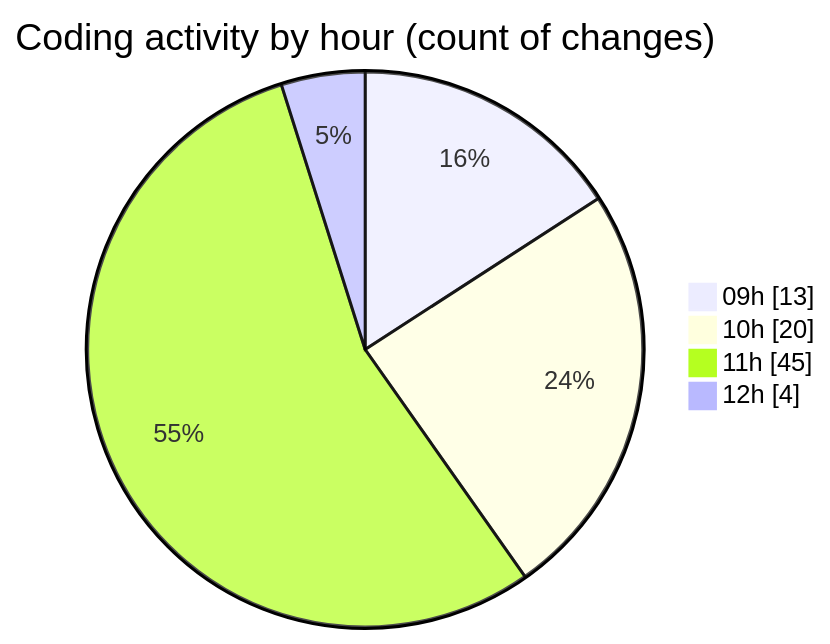
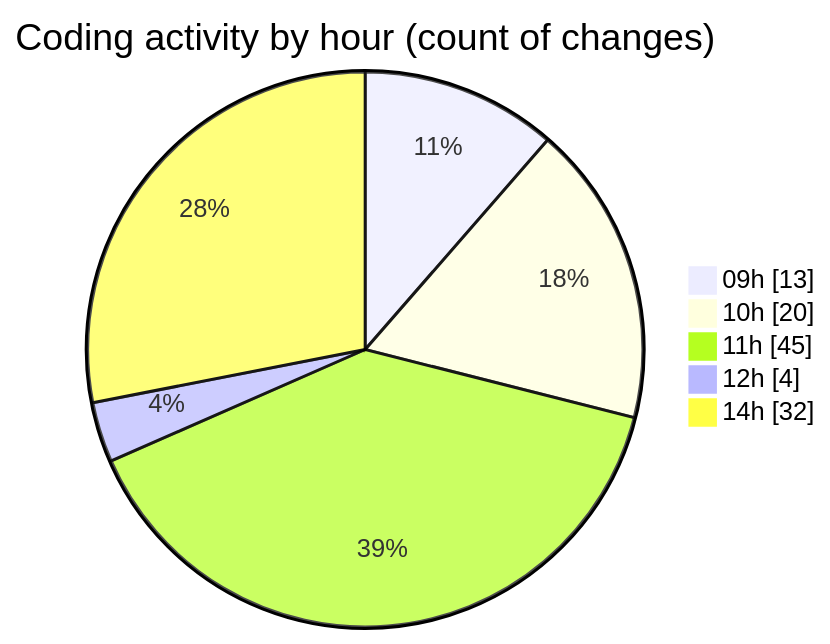
The second of 2 diagrams in 2026-04-29/cda/README.md (momahboobian/code-tracking), drawn with Mermaid before and after one commit. The commit also changed other lines of this file and 1 other file, not shown here.

````diff
--- a/2026-04-29/cda/README.md
+++ b/2026-04-29/cda/README.md
@@ -43,8 +64,9 @@
 ```mermaid
 pie showData
 title Coding activity by hour (count of changes)
 "09h" : 13
 "10h" : 20
 "11h" : 45
 "12h" : 4
+"14h" : 32
 ```
````
